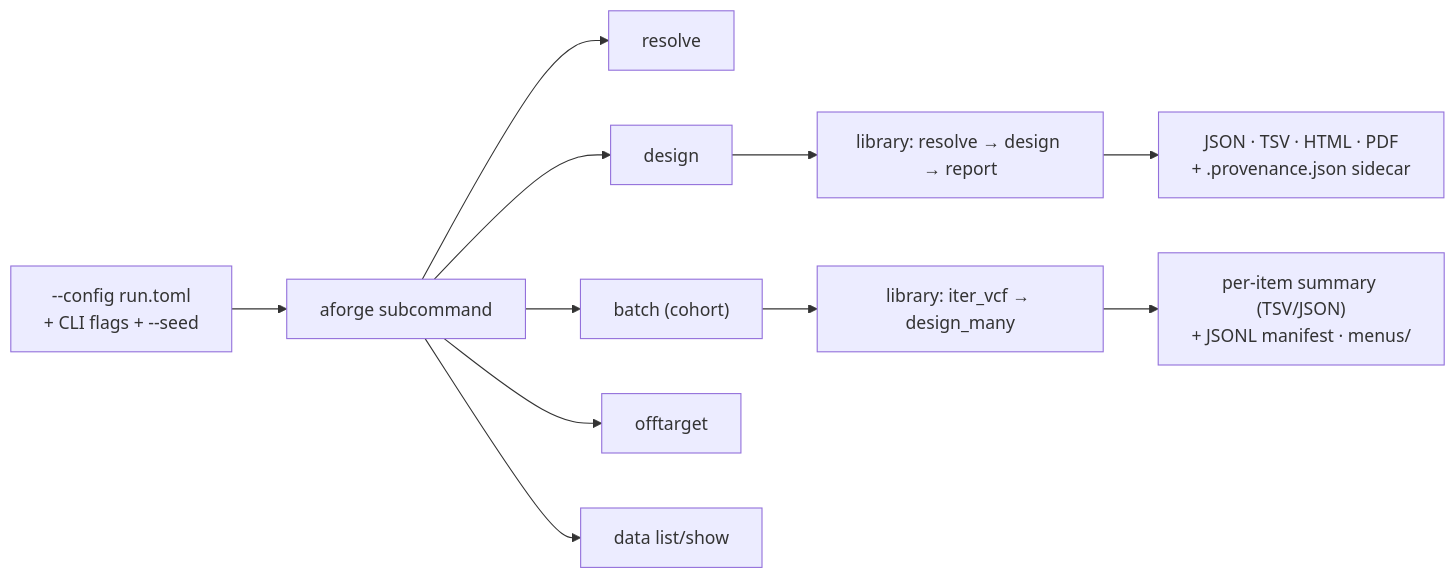
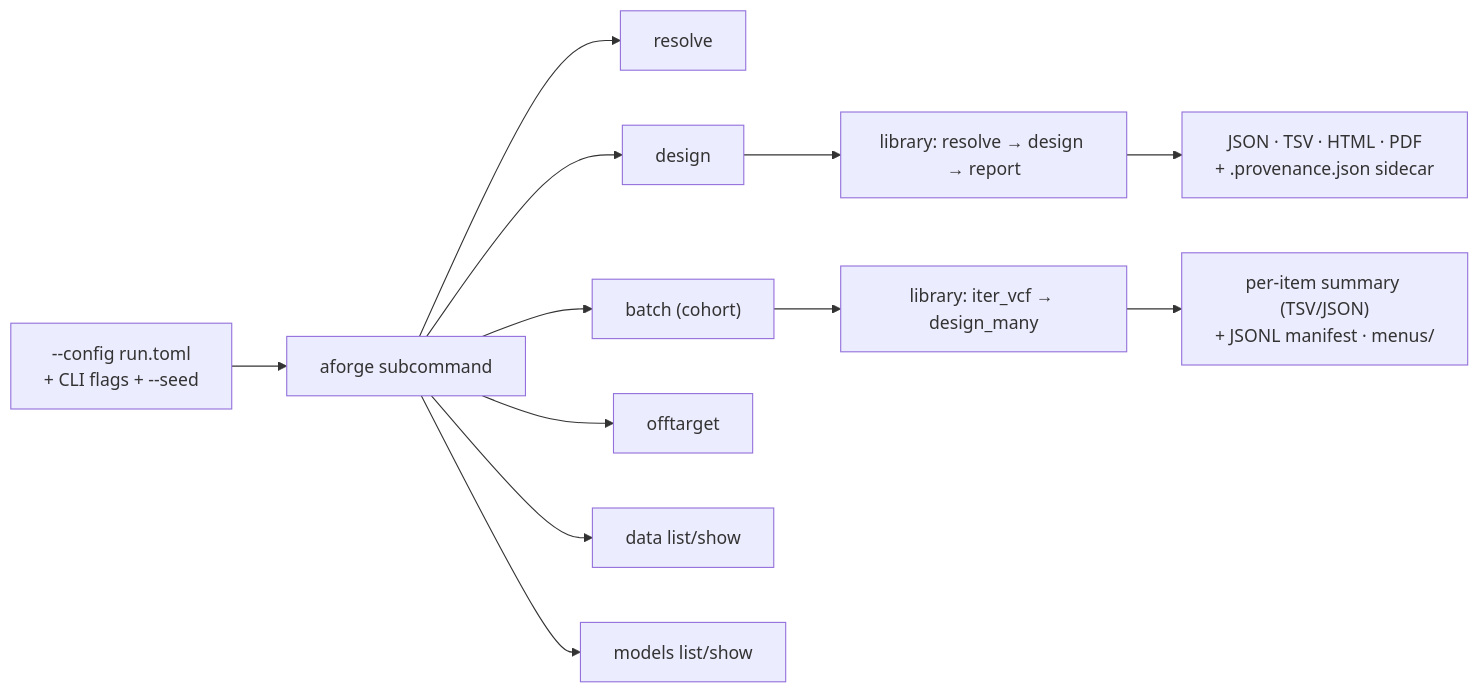
Before and after one commit to clay-good/alleleforge: diagram 11 of 13 in README.md, drawn with Mermaid. The commit also changed other lines of this file and 12 other files, not shown here.

````diff
--- a/README.md
+++ b/README.md
@@ -1151,13 +1151,14 @@
 ```mermaid
 flowchart LR
     CFG["--config run.toml<br/>+ CLI flags + --seed"] --> CMD
     CMD["aforge subcommand"] --> RES["resolve"]
     CMD --> DES["design"]
     CMD --> BAT["batch (cohort)"]
     CMD --> OT["offtarget"]
     CMD --> DAT["data list/show"]
+    CMD --> MOD["models list/show"]
     DES --> R["library: resolve → design → report"]
     BAT --> MANY["library: iter_vcf → design_many"]
     MANY --> SUM["per-item summary (TSV/JSON)<br/>+ JSONL manifest · menus/"]
     R --> OUT["JSON · TSV · HTML · PDF<br/>+ .provenance.json sidecar"]
 ```
````
